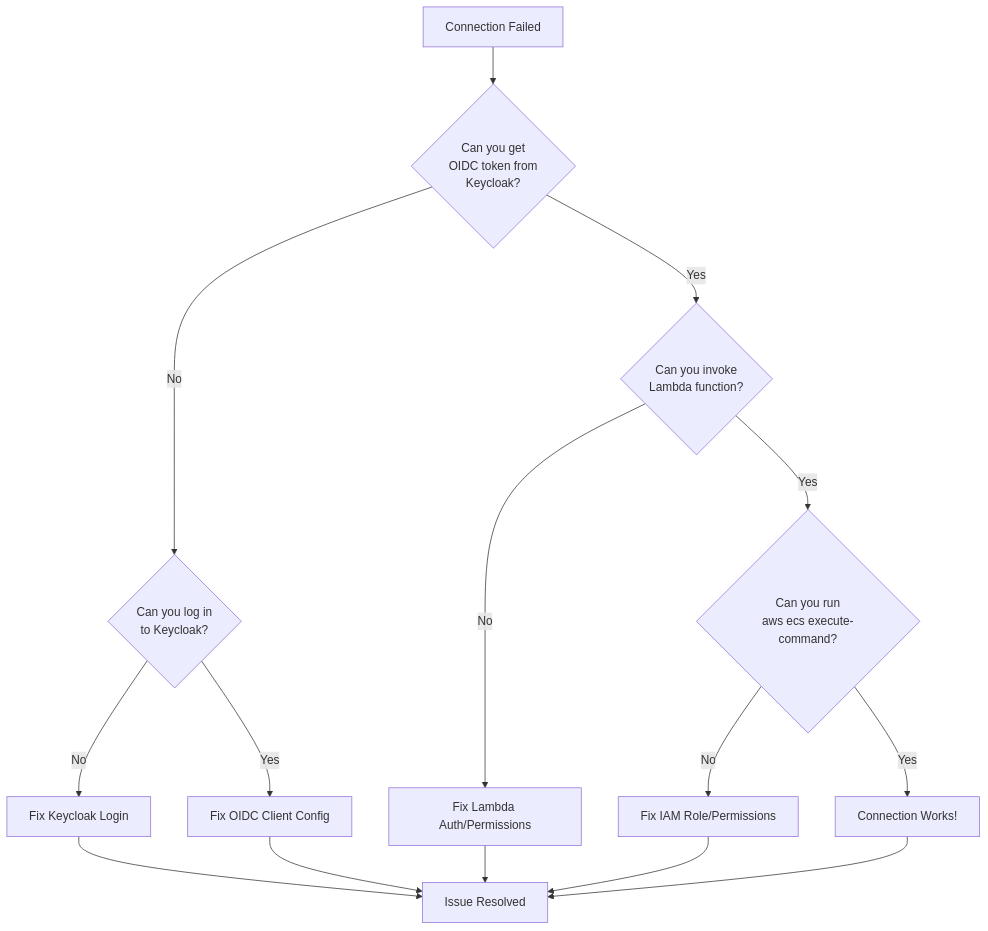
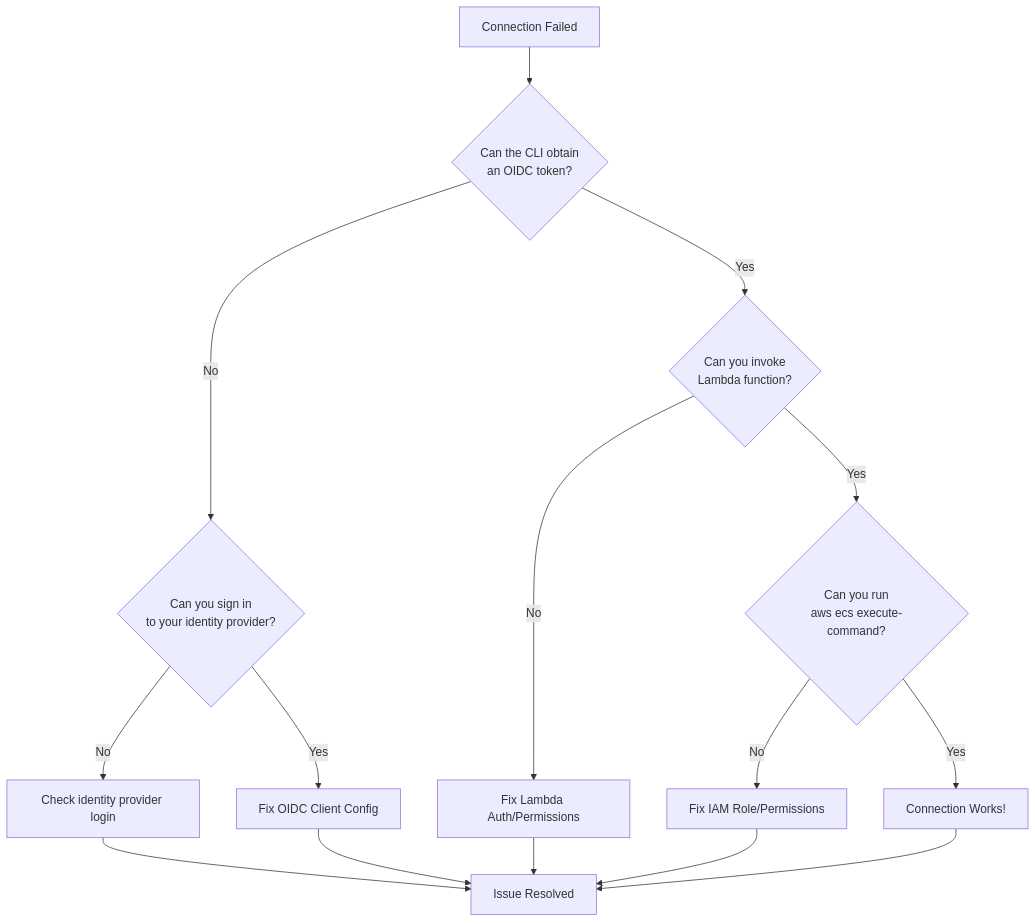
One commit to openshift-online/rosa-boundary changed the diagram in docs/runbooks/troubleshooting.md. Above: the diagram before and after it, drawn with Mermaid. The commit also changed other lines of this file and 23 other files, not shown here.

````diff
--- a/docs/runbooks/troubleshooting.md
+++ b/docs/runbooks/troubleshooting.md
@@ -9,22 +11,22 @@
 ```mermaid
 flowchart TD
-    Start[Connection Failed] --> Auth{Can you get<br/>OIDC token from<br/>Keycloak?}
+    Start[Connection Failed] --> Auth{Can the CLI obtain<br/>an OIDC token?}
 
-    Auth -->|No| KC{Can you log in<br/>to Keycloak?}
+    Auth -->|No| KC{Can you sign in<br/>to your identity provider?}
     Auth -->|Yes| Lambda{Can you invoke<br/>Lambda function?}
 
-    KC -->|No| KC_Fix[Fix Keycloak Login]
+    KC -->|No| KC_Fix[Check identity provider login]
     KC -->|Yes| OIDC_Fix[Fix OIDC Client Config]
 
     Lambda -->|No| Lambda_Fix[Fix Lambda Auth/Permissions]
     Lambda -->|Yes| AWS{Can you run<br/>aws ecs execute-command?}
 
     AWS -->|No| IAM_Fix[Fix IAM Role/Permissions]
     AWS -->|Yes| Success[Connection Works!]
 
     KC_Fix --> End[Issue Resolved]
     OIDC_Fix --> End
     Lambda_Fix --> End
     IAM_Fix --> End
     Success --> End
 ```
````
